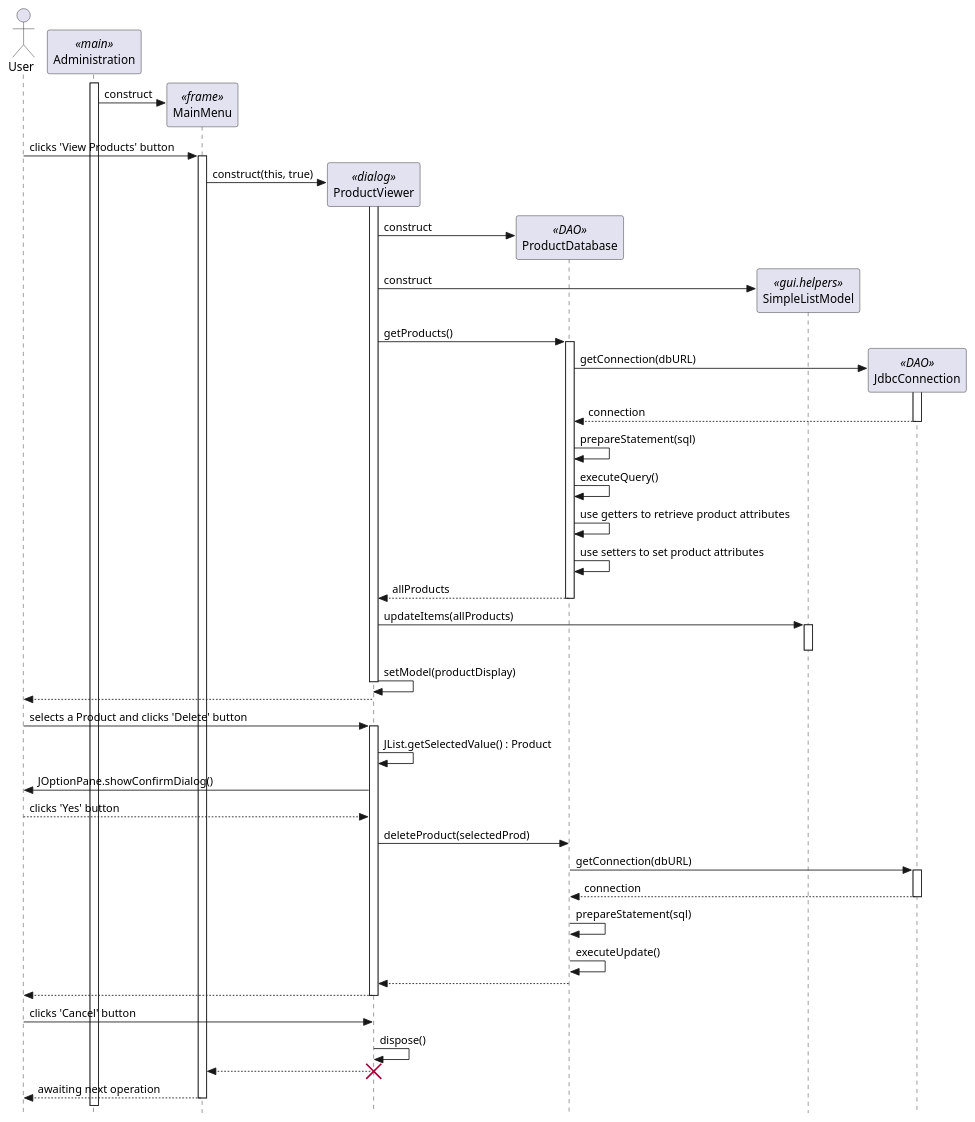
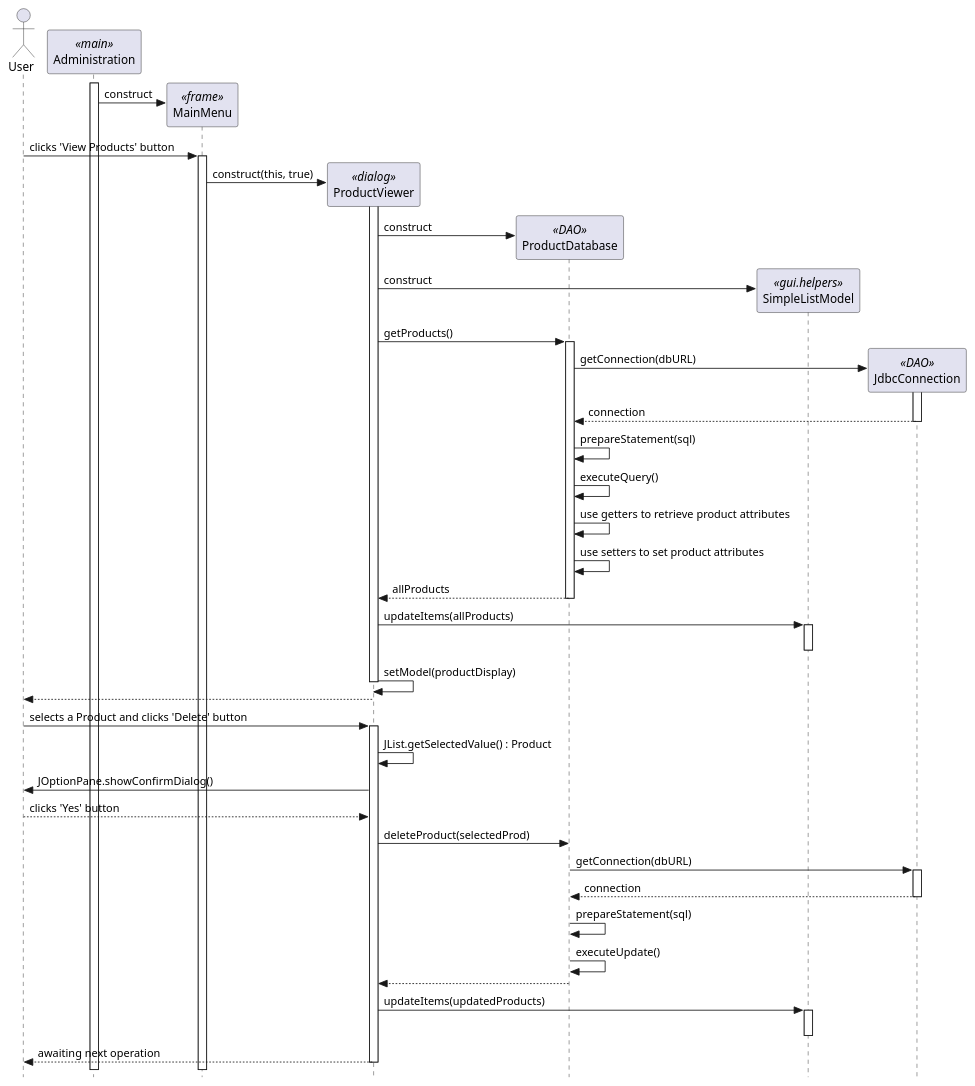
The diagram in sequenceDiagrams/deleteProduct.puml (nikolahmcwin/shoppingSystem-info202), drawn with PlantUML before and after one commit. The commit also changed 3 other files, not shown here.

Commit message:
Minor edits and consistency added to sequence diagrams. References #10

```diff
--- a/sequenceDiagrams/deleteProduct.puml
+++ b/sequenceDiagrams/deleteProduct.puml
@@ -1,91 +1,85 @@
 @startuml
 
 ' use strict UML mode
 skinparam style strictuml
 
 ' create actor user
 actor "User" as user
 
 ' create main adminstration 
 participant "Administration" as main <<main>>
 main++
 
 ' create main menu frame
 create "MainMenu" as menu <<frame>>
 main -> menu : construct
 
 user -> menu++ : clicks 'View Products' button
 
 ' create product viewer dialog
 create "ProductViewer" as viewer <<dialog>>
 menu -> viewer :  construct(this, true)
 
 viewer++
 
 ' create a DAO
 create "ProductDatabase" as dao <<DAO>>
 viewer -> dao : construct 
 
 ' create the simple model list
 create "SimpleListModel" as modellist <<gui.helpers>>
 viewer -> modellist : construct
 
 
 
 ' get the products from dao database
 viewer -> dao++ : getProducts()
 'dao -> dao : JdbcConnection.getConnection(dbURL)
 'dao -> dao : dbCon.prepareStatement(sql);
 'dao -> dao : stmt.executeQuery()
 
 create "JdbcConnection" as jdbc <<DAO>>
 dao -> jdbc++ : getConnection(dbURL)
 jdbc--> dao : connection
 jdbc--
 
 dao -> dao : prepareStatement(sql)
 dao -> dao : executeQuery()
 dao -> dao : use getters to retrieve product attributes
 dao -> dao : use setters to set product attributes
 dao --> viewer : allProducts
 dao--
 
 ' put products in Simple List Model
 viewer -> modellist++ : updateItems(allProducts)
 modellist--
 
 ' update list to display products
 viewer -> viewer : setModel(productDisplay)
 viewer--
 
 viewer --> user
 
 ' dispose dialog
 user -> viewer++ : selects a Product and clicks 'Delete' button
 
 viewer -> viewer : JList.getSelectedValue() : Product
 viewer -> user : JOptionPane.showConfirmDialog()
 user --> viewer : clicks 'Yes' button
 viewer -> dao : deleteProduct(selectedProd)
 
 dao -> jdbc++ : getConnection(dbURL)
 jdbc--> dao : connection
 jdbc--
 
 dao -> dao : prepareStatement(sql)
 dao -> dao : executeUpdate()
 
 dao --> viewer
-viewer --> user 
-viewer--
 
-user-> viewer : clicks 'Cancel' button
-viewer -> viewer : dispose()
+viewer -> modellist++ : updateItems(updatedProducts)
+modellist--
 
-' show control returning to menu as viewer closes
-viewer --> menu 
-destroy viewer
-
-menu --> user-- : awaiting next operation
+viewer --> user-- : awaiting next operation
 
 @enduml
```
